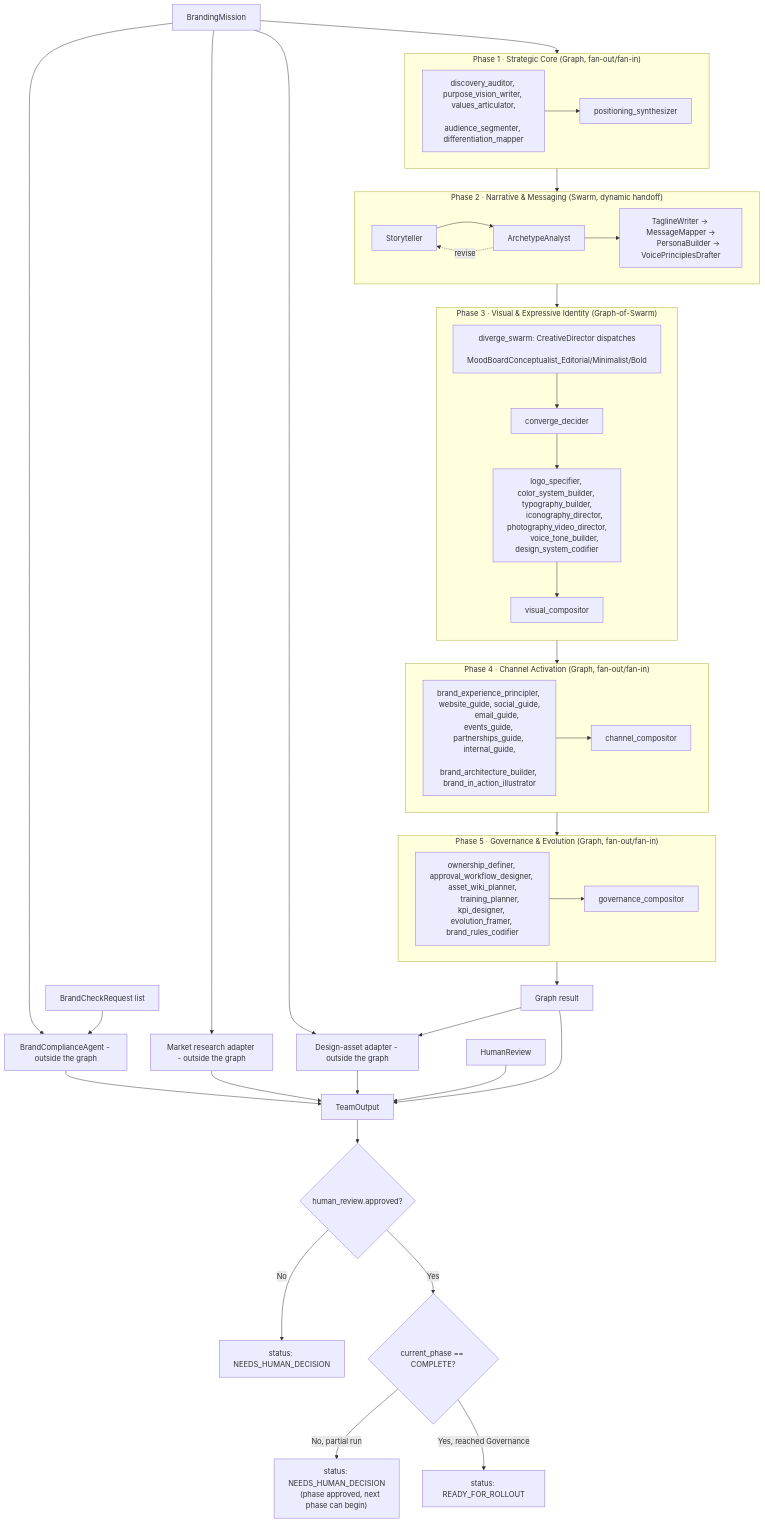
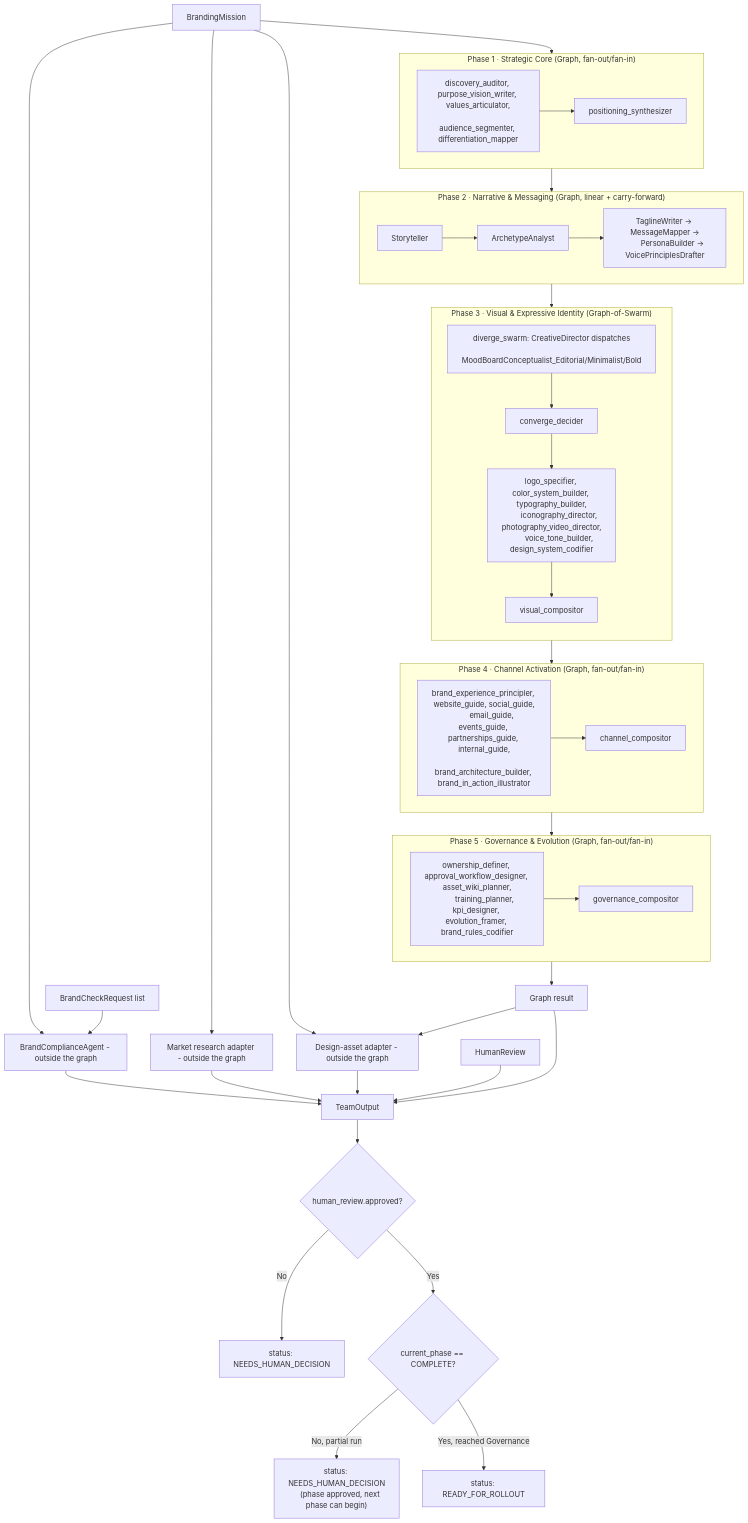
Before and after one commit to brandonkindred/Khala-Agentic-AI-Teams: the first of 3 diagrams in backend/agents/branding_team/README.md, drawn with Mermaid. The commit also changed other lines of this file and 9 other files, not shown here.

````diff
--- a/backend/agents/branding_team/README.md
+++ b/backend/agents/branding_team/README.md
@@ -41,70 +41,69 @@
 ```mermaid
 flowchart TB
     Mission[BrandingMission] --> P1
 
     subgraph P1 ["Phase 1 · Strategic Core (Graph, fan-out/fan-in)"]
         direction LR
         P1nodes["discovery_auditor, purpose_vision_writer, values_articulator,
         audience_segmenter, differentiation_mapper"] --> P1join[positioning_synthesizer]
     end
 
     P1 --> P2
 
-    subgraph P2 ["Phase 2 · Narrative & Messaging (Swarm, dynamic handoff)"]
+    subgraph P2 ["Phase 2 · Narrative & Messaging (Graph, linear + carry-forward)"]
         direction LR
         P2a[Storyteller] --> P2b[ArchetypeAnalyst]
-        P2b -. revise .-> P2a
         P2b --> P2rest["TaglineWriter → MessageMapper →
         PersonaBuilder → VoicePrinciplesDrafter"]
     end
 
     P2 --> P3
 
     subgraph P3 ["Phase 3 · Visual & Expressive Identity (Graph-of-Swarm)"]
         direction TB
         P3swarm["diverge_swarm: CreativeDirector dispatches
         MoodBoardConceptualist_Editorial/Minimalist/Bold"] --> P3conv[converge_decider]
         P3conv --> P3fan["logo_specifier, color_system_builder, typography_builder,
         iconography_director, photography_video_director,
         voice_tone_builder, design_system_codifier"]
         P3fan --> P3comp[visual_compositor]
     end
 
     P3 --> P4
 
     subgraph P4 ["Phase 4 · Channel Activation (Graph, fan-out/fan-in)"]
         direction LR
         P4nodes["brand_experience_principler, website_guide, social_guide,
         email_guide, events_guide, partnerships_guide, internal_guide,
         brand_architecture_builder, brand_in_action_illustrator"] --> P4join[channel_compositor]
     end
 
     P4 --> P5
 
     subgraph P5 ["Phase 5 · Governance & Evolution (Graph, fan-out/fan-in)"]
         direction LR
         P5nodes["ownership_definer, approval_workflow_designer, asset_wiki_planner,
         training_planner, kpi_designer, evolution_framer, brand_rules_codifier"] --> P5join[governance_compositor]
     end
 
     P5 --> GraphResult[Graph result]
 
     Mission --> Compliance[BrandComplianceAgent - outside the graph]
     BrandChecks[BrandCheckRequest list] --> Compliance
     Mission --> MarketResearch[Market research adapter - outside the graph]
     Mission --> DesignAssets[Design-asset adapter - outside the graph]
     GraphResult --> DesignAssets
 
     GraphResult --> TeamOutput[TeamOutput]
     Compliance --> TeamOutput
     MarketResearch --> TeamOutput
     DesignAssets --> TeamOutput
     HumanReview[HumanReview] --> TeamOutput
 
     TeamOutput --> Approved{human_review.approved?}
     Approved -->|No| NeedsHuman[status: NEEDS_HUMAN_DECISION]
     Approved -->|Yes| Complete{current_phase == COMPLETE?}
     Complete -->|No, partial run| PhaseApproved["status: NEEDS_HUMAN_DECISION
     (phase approved, next phase can begin)"]
     Complete -->|Yes, reached Governance| Ready[status: READY_FOR_ROLLOUT]
 ```
````
